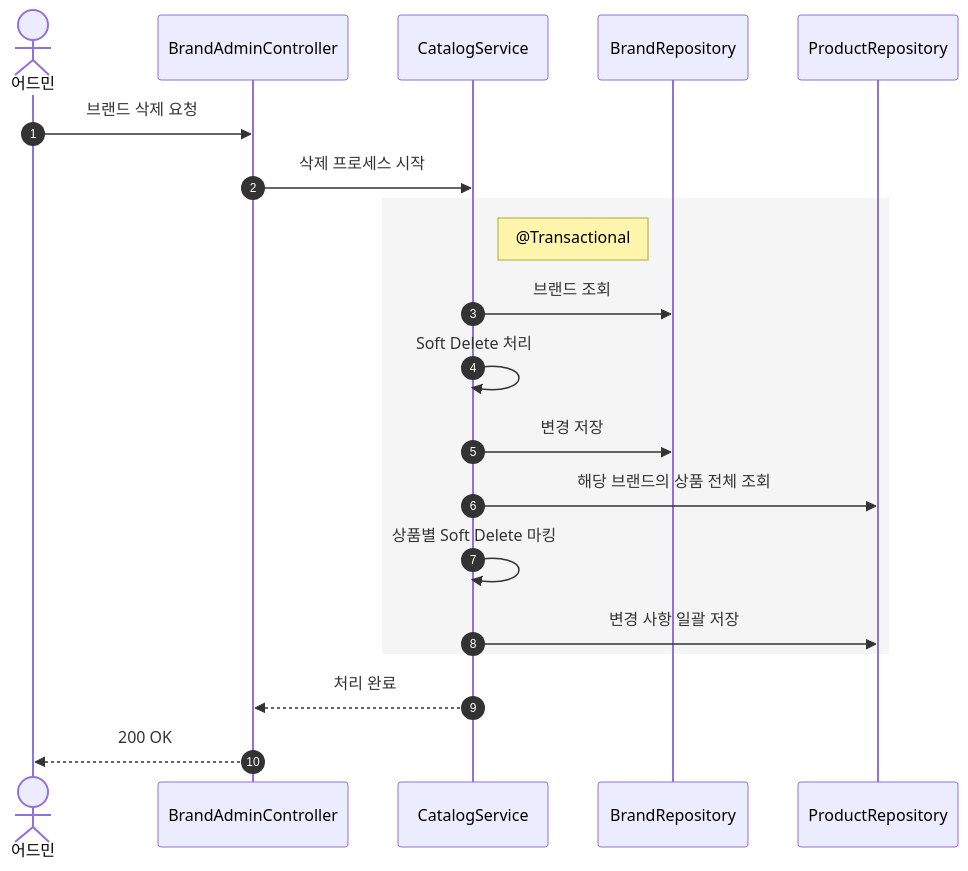
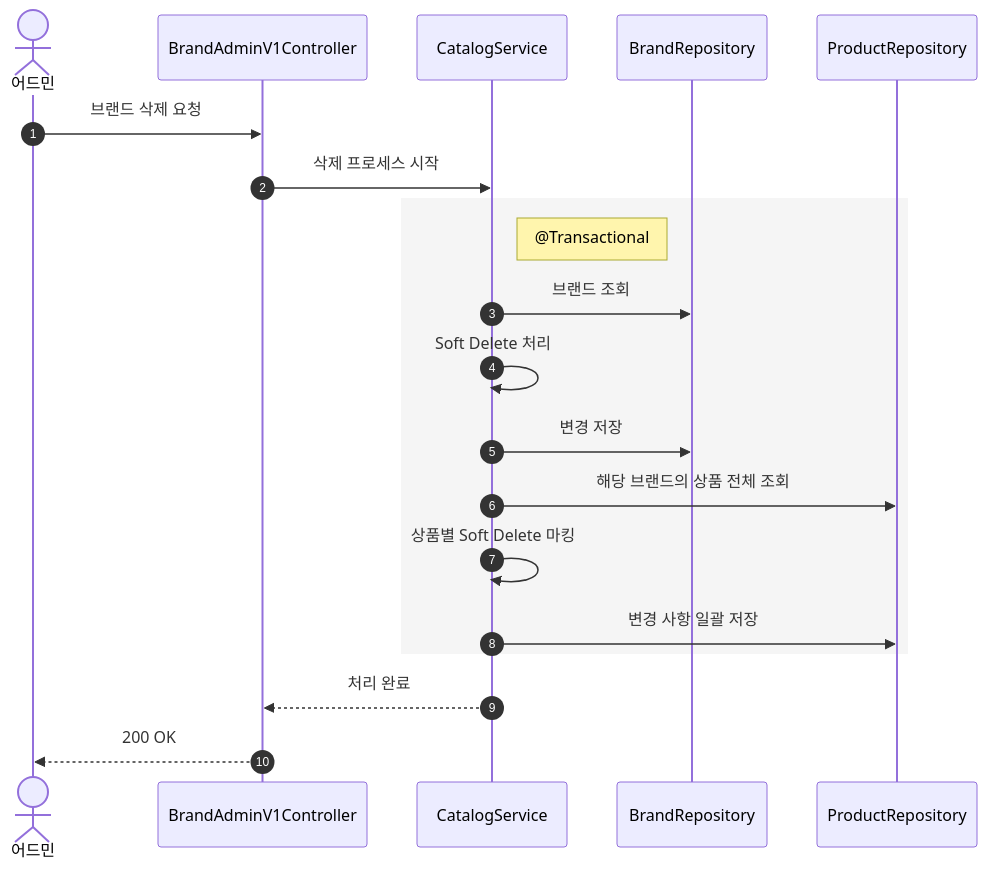
Before and after one commit to Loopers-dev-lab/loop-pack-be-l2-vol3-kotlin: the eighth of 26 diagrams in docs/design/02-sequence-diagrams.md, drawn with Mermaid. The commit also changed other lines of this file and 7 other files, not shown here.

````diff
--- a/docs/design/02-sequence-diagrams.md
+++ b/docs/design/02-sequence-diagrams.md
@@ -199,24 +203,24 @@
 ```mermaid
 sequenceDiagram
     autonumber
     actor Admin as 어드민
-    participant C as BrandAdminController
+    participant C as BrandAdminV1Controller
     participant S as CatalogService
     participant BR as BrandRepository
     participant PR as ProductRepository
     Admin ->> C: 브랜드 삭제 요청
     C ->> S: 삭제 프로세스 시작
 
     rect rgb(245, 245, 245)
         Note right of S: @Transactional
         S ->> BR: 브랜드 조회
         S ->> S: Soft Delete 처리
         S ->> BR: 변경 저장
         S ->> PR: 해당 브랜드의 상품 전체 조회
         S ->> S: 상품별 Soft Delete 마킹
         S ->> PR: 변경 사항 일괄 저장
     end
 
     S -->> C: 처리 완료
     C -->> Admin: 200 OK
 ```
````
